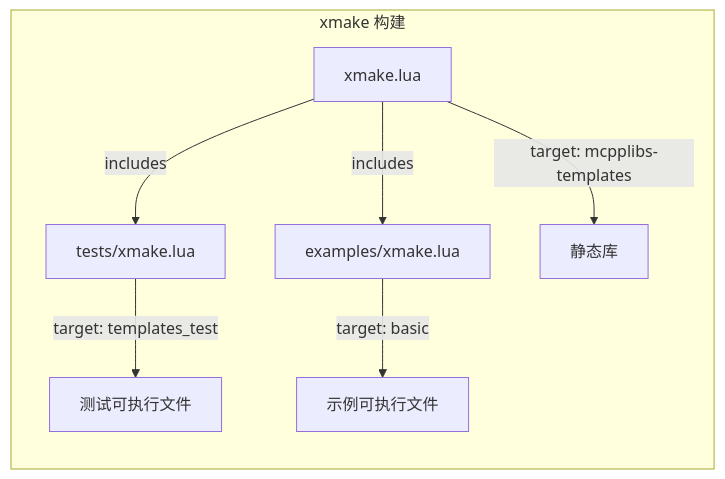
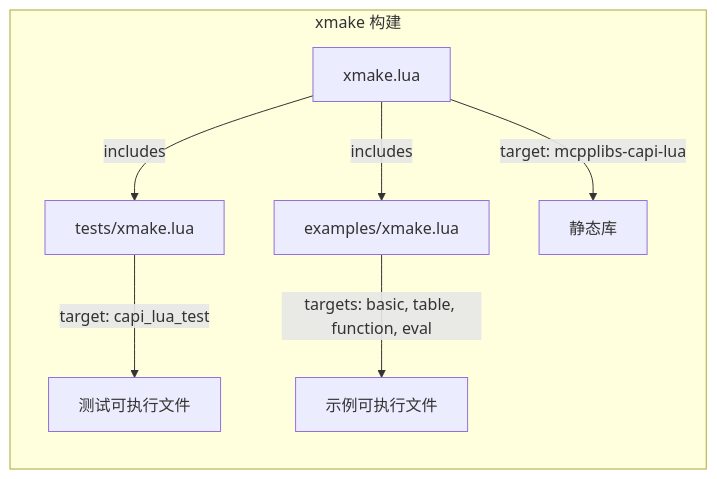
The second of 2 diagrams in docs/architecture.md (mcpplibs/lua), drawn with Mermaid before and after one commit. The commit also changed other lines of this file and 19 other files, not shown here.

First line of the commit message:
feat: implement mcpplibs.capi.lua — C++23 module binding for Lua C API

````diff
--- a/docs/architecture.md
+++ b/docs/architecture.md
@@ -124,10 +133,10 @@
 ```mermaid
 graph LR
     subgraph xmakeBuild [xmake 构建]
         X1["xmake.lua"] -->|includes| X2["tests/xmake.lua"]
         X1 -->|includes| X3["examples/xmake.lua"]
-        X1 -->|"target: mcpplibs-templates"| LIB["静态库"]
-        X2 -->|"target: templates_test"| TEST["测试可执行文件"]
-        X3 -->|"target: basic"| EXAMPLE["示例可执行文件"]
+        X1 -->|"target: mcpplibs-capi-lua"| LIB["静态库"]
+        X2 -->|"target: capi_lua_test"| TEST["测试可执行文件"]
+        X3 -->|"targets: basic, table, function, eval"| EXAMPLES["示例可执行文件"]
     end
 ```
````
